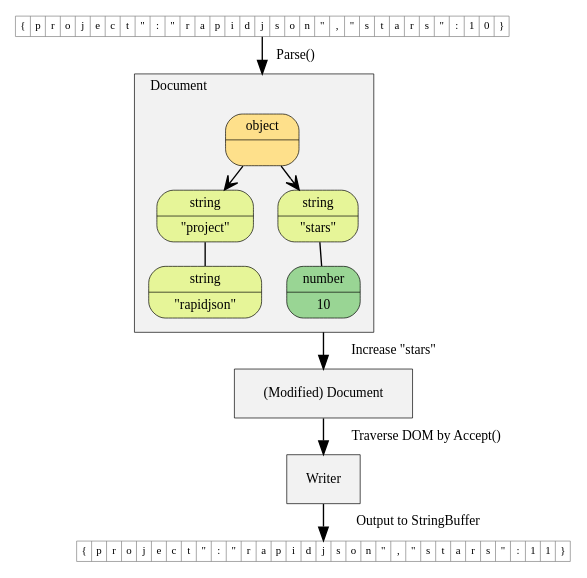
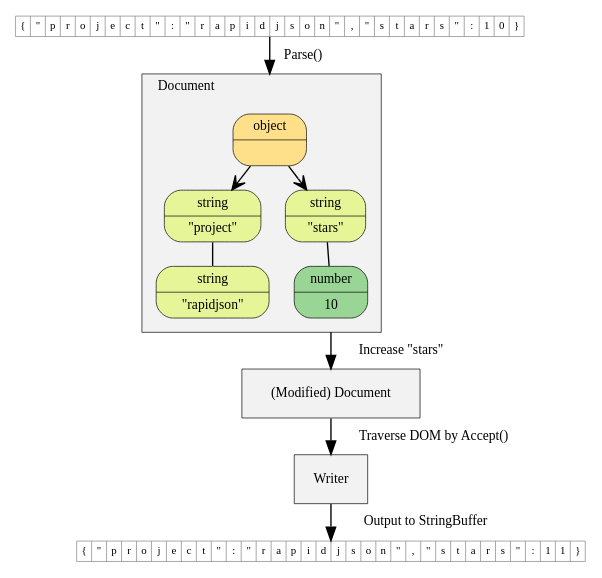
Before and after one commit to LLNL/conduit: the diagram in src/thirdparty_builtin/rapidjson/doc/diagram/simpledom.dot, drawn with Graphviz. The commit also changed 111 other files, not shown here.

```diff
--- a/src/thirdparty_builtin/rapidjson/doc/diagram/simpledom.dot
+++ b/src/thirdparty_builtin/rapidjson/doc/diagram/simpledom.dot
@@ -1,54 +1,54 @@
 digraph {
 	compound=true
 	fontname="Inconsolata, Consolas"
 	fontsize=10
 	margin="0,0"
 	ranksep=0.2
 	penwidth=0.5
 	
 	node [fontname="Inconsolata, Consolas", fontsize=10, penwidth=0.5]
 	edge [fontname="Inconsolata, Consolas", fontsize=10, arrowhead=normal]
 
 	{
 		node [shape=record, fontsize="8", margin="0.04", height=0.2, color=gray]
-		srcjson [label="\{|p|r|o|j|e|c|t|\"|:|\"|r|a|p|i|d|j|s|o|n|\"|,|\"|s|t|a|r|s|\"|:|1|0|\}"]
-		dstjson [label="\{|p|r|o|j|e|c|t|\"|:|\"|r|a|p|i|d|j|s|o|n|\"|,|\"|s|t|a|r|s|\"|:|1|1|\}"]
+		srcjson [label="\{|\"|p|r|o|j|e|c|t|\"|:|\"|r|a|p|i|d|j|s|o|n|\"|,|\"|s|t|a|r|s|\"|:|1|0|\}"]
+		dstjson [label="\{|\"|p|r|o|j|e|c|t|\"|:|\"|r|a|p|i|d|j|s|o|n|\"|,|\"|s|t|a|r|s|\"|:|1|1|\}"]
 	}
 
 	{
 		node [shape="box", style="filled", fillcolor="gray95"]
 		Document2 [label="(Modified) Document"]
 		Writer
 	}
 
 	subgraph cluster1 {
 		margin="10,10"
 		labeljust="left"
 		label = "Document"
 		style=filled
 		fillcolor=gray95
 		node [shape=Mrecord, style=filled, colorscheme=spectral7]
 		
 		root [label="{object|}", fillcolor=3]
 
 		{			
 			project [label="{string|\"project\"}", fillcolor=5]
 			rapidjson [label="{string|\"rapidjson\"}", fillcolor=5]
 			stars [label="{string|\"stars\"}", fillcolor=5]
 			ten [label="{number|10}", fillcolor=6]
 		}
 
 		edge [arrowhead=vee]
 		root -> { project; stars }
 
 		edge [arrowhead="none"]
 		project -> rapidjson
 		stars -> ten
 	}
 
 	srcjson -> root [label=" Parse()", lhead="cluster1"]
 
 	ten -> Document2 [label=" Increase \"stars\"", ltail="cluster1" ]
 	Document2  -> Writer [label=" Traverse DOM by Accept()"]
 	Writer -> dstjson [label=" Output to StringBuffer"]
 }
```
